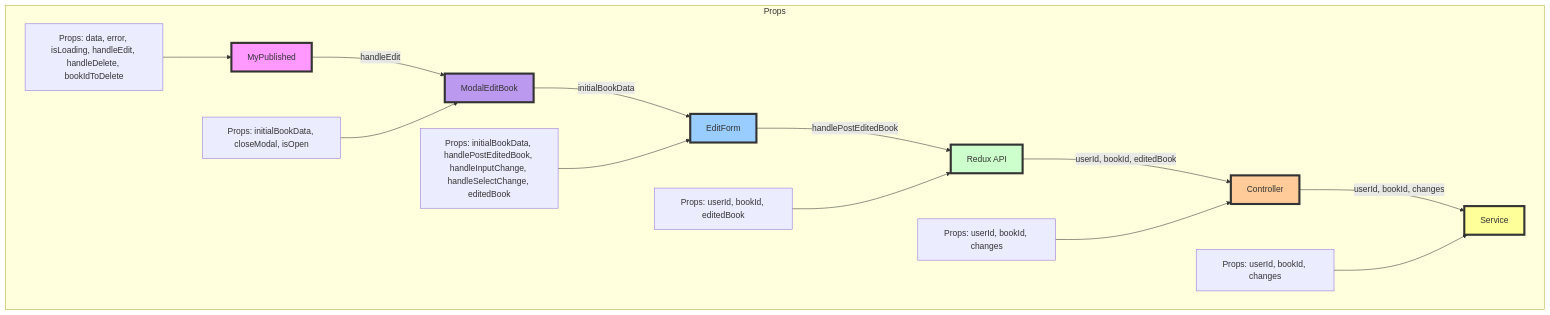
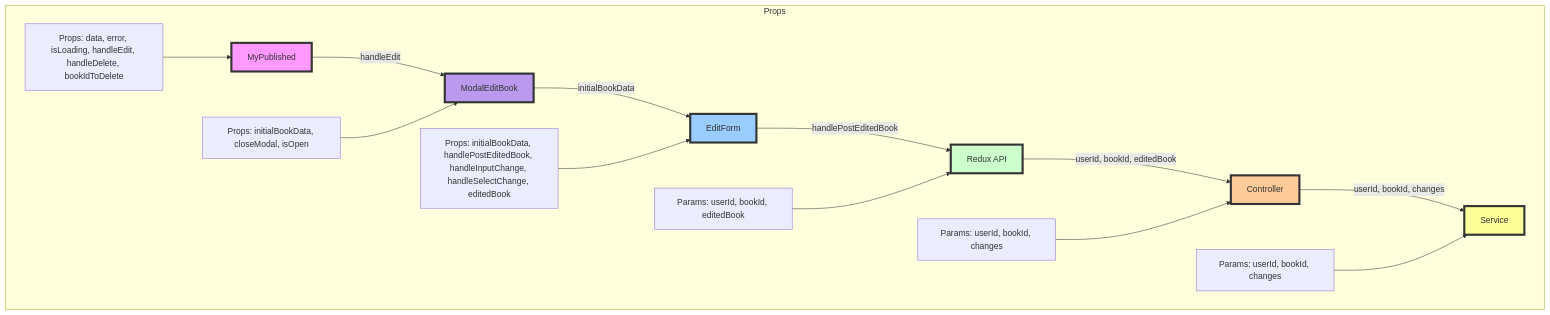
The first of 5 diagrams in client/README.md (FernandoMoyano/EcoReaders), drawn with Mermaid before and after one commit. The commit also changed other lines of this file, not shown here.

Commit message:
Diagrama de flujo, obtencion de los libros por usuario

````diff
--- a/client/README.md
+++ b/client/README.md
@@ -5,35 +5,35 @@
 ```mermaid
 graph TD
     %% Definición de los componentes
     A[MyPublished]
     B[ModalEditBook]
     C[EditForm]
     D[Redux API ]
     E[Controller]
     F[Service]
 
     %% Conexiones
     A -->|handleEdit| B
     B -->|initialBookData| C
     C -->|handlePostEditedBook| D
     D -->|userId, bookId, editedBook| E
     E -->|userId, bookId, changes| F
 
     %% Detalles de los Props
     subgraph Props
         A1[Props: data, error, isLoading, handleEdit, handleDelete, bookIdToDelete] --> A
         B1[Props: initialBookData, closeModal, isOpen] --> B
         C1[Props: initialBookData, handlePostEditedBook, handleInputChange, handleSelectChange, editedBook] --> C
-        D1[Props: userId, bookId, editedBook] --> D
-        E1[Props: userId, bookId, changes] --> E
-        F1[Props: userId, bookId, changes] --> F
+        D1[Params: userId, bookId, editedBook] --> D
+        E1[Params: userId, bookId, changes] --> E
+        F1[Params: userId, bookId, changes] --> F
     end
 
     %% Estilos
     style A fill:#f9f,stroke:#333,stroke-width:4px
     style B fill:#b9e,stroke:#333,stroke-width:4px
     style C fill:#9cf,stroke:#333,stroke-width:4px
     style D fill:#cfc,stroke:#333,stroke-width:4px
     style E fill:#fc9,stroke:#333,stroke-width:4px
     style F fill:#ff9,stroke:#333,stroke-width:4px
 ```
````
